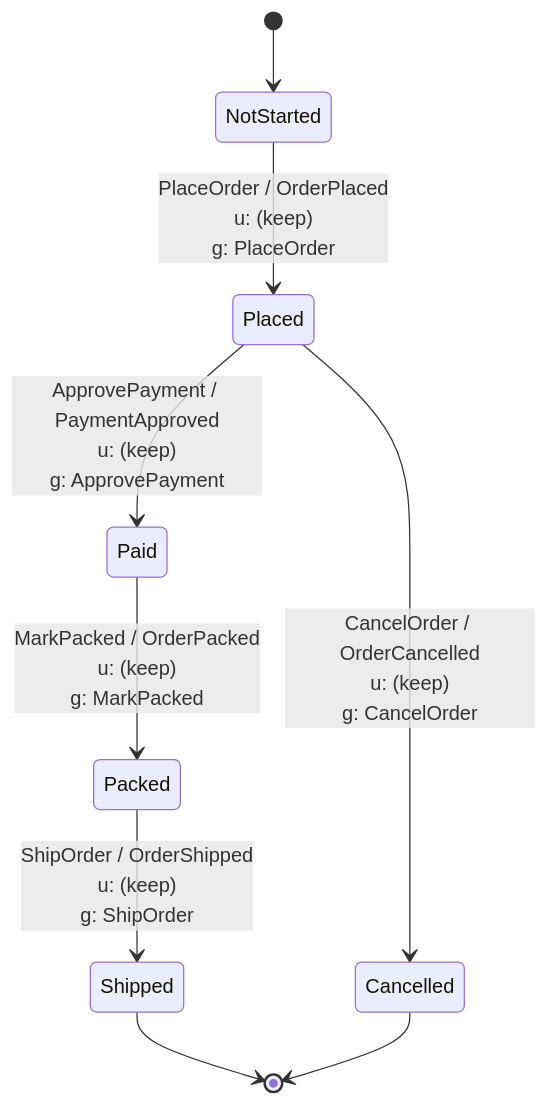
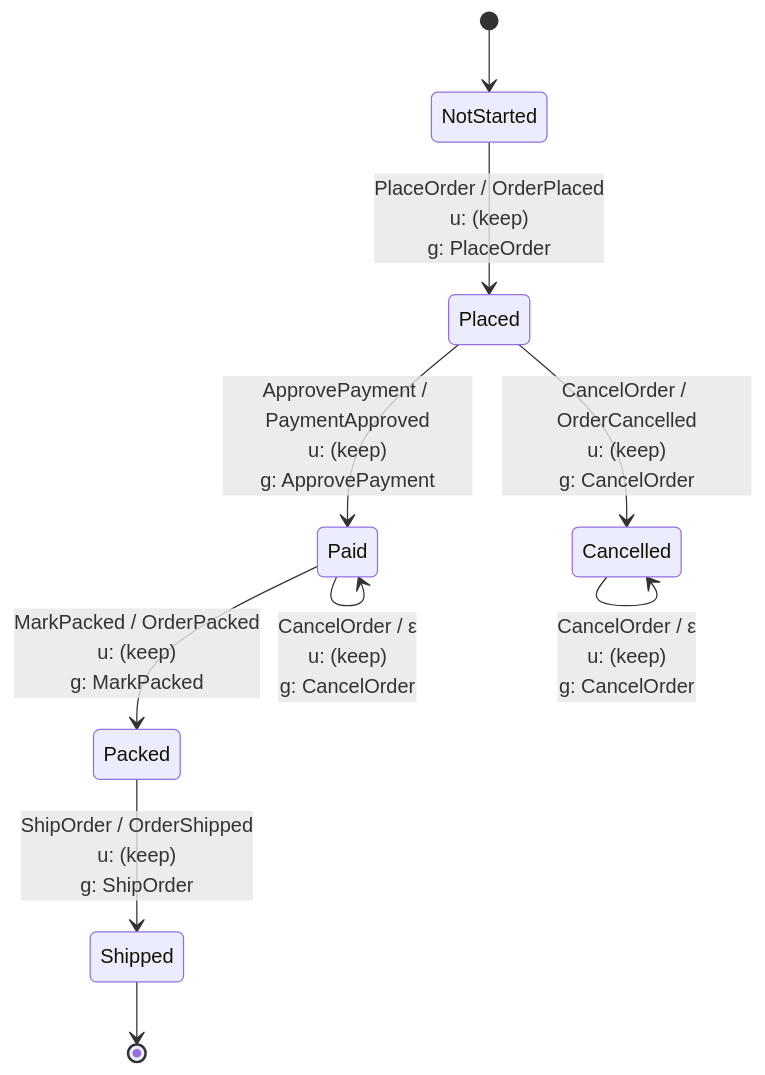
One commit to shinzui/keiro changed the first of 2 diagrams in docs/guides/build-the-command-side.md. Above: the diagram before and after it, drawn with Mermaid. The commit also changed 1 other file, not shown here.

Commit message:
test(dsl): close generated validation drift
ExecPlan: docs/plans/231-add-typed-domain-command-outcomes.md

Intention: intention_01kzp88t57e0mt7cern1exb24s

````diff
--- a/docs/guides/build-the-command-side.md
+++ b/docs/guides/build-the-command-side.md
@@ -163,11 +163,12 @@
 ```mermaid
 stateDiagram-v2
     [*] --> NotStarted
     NotStarted --> Placed : PlaceOrder / OrderPlaced<br/>u: (keep)<br/>g: PlaceOrder
     Placed --> Paid : ApprovePayment / PaymentApproved<br/>u: (keep)<br/>g: ApprovePayment
     Placed --> Cancelled : CancelOrder / OrderCancelled<br/>u: (keep)<br/>g: CancelOrder
     Paid --> Packed : MarkPacked / OrderPacked<br/>u: (keep)<br/>g: MarkPacked
+    Paid --> Paid : CancelOrder / ε<br/>u: (keep)<br/>g: CancelOrder
     Packed --> Shipped : ShipOrder / OrderShipped<br/>u: (keep)<br/>g: ShipOrder
+    Cancelled --> Cancelled : CancelOrder / ε<br/>u: (keep)<br/>g: CancelOrder
     Shipped --> [*]
-    Cancelled --> [*]
 ```
````
